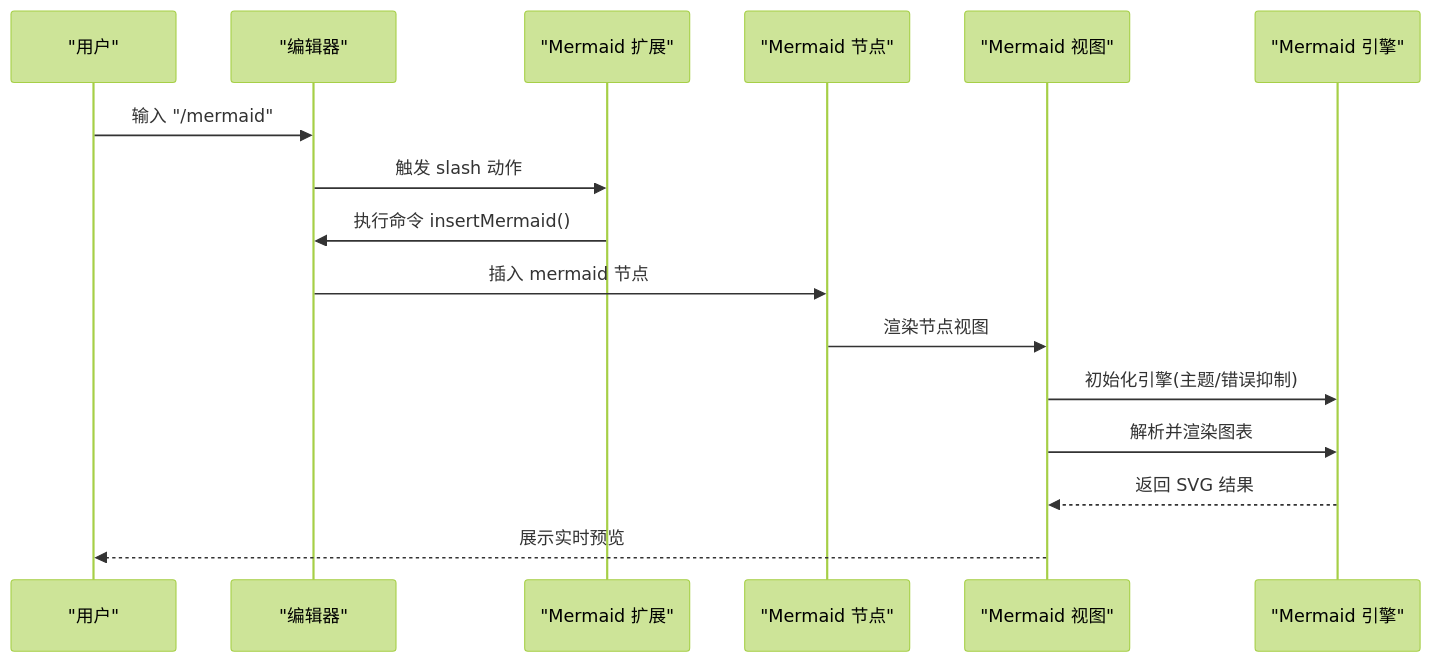
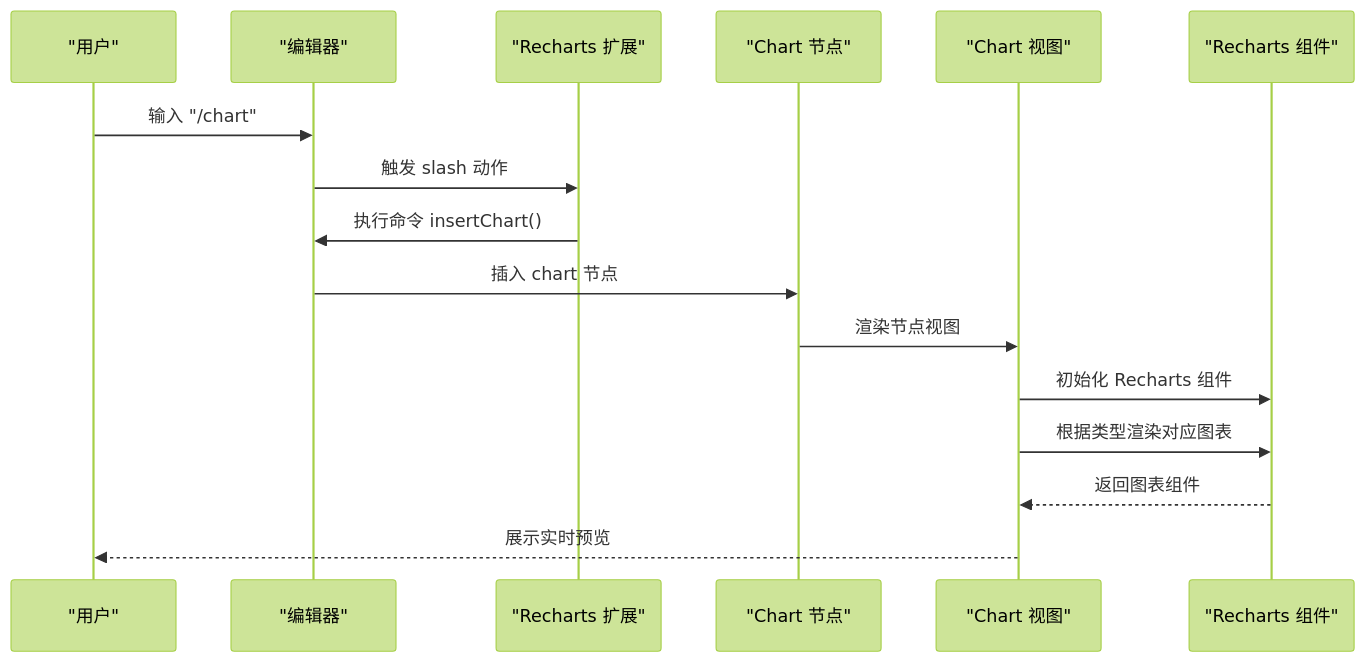
Before and after one commit to LRF0422/Kotion: the second of 8 diagrams in .qoder/repowiki/zh/content/功能模块/图表插件.md, drawn with Mermaid (forest theme). The commit also changed other lines of this file and 10 other files, not shown here.

````diff
--- a/.qoder/repowiki/zh/content/功能模块/图表插件.md
+++ b/.qoder/repowiki/zh/content/功能模块/图表插件.md
@@ -110,18 +141,18 @@
 ```mermaid
 sequenceDiagram
 participant U as "用户"
 participant E as "编辑器"
-participant X as "Mermaid 扩展"
-participant N as "Mermaid 节点"
-participant V as "Mermaid 视图"
-participant M as "Mermaid 引擎"
-U->>E : 输入 "/mermaid"
-E->>X : 触发 slash 动作
-X->>E : 执行命令 insertMermaid()
-E->>N : 插入 mermaid 节点
-N->>V : 渲染节点视图
-V->>M : 初始化引擎(主题/错误抑制)
-V->>M : 解析并渲染图表
-M-->>V : 返回 SVG 结果
-V-->>U : 展示实时预览
+participant CE as "Recharts 扩展"
+participant CN as "Chart 节点"
+participant CV as "Chart 视图"
+participant RC as "Recharts 组件"
+U->>E : 输入 "/chart"
+E->>CE : 触发 slash 动作
+CE->>E : 执行命令 insertChart()
+E->>CN : 插入 chart 节点
+CN->>CV : 渲染节点视图
+CV->>RC : 初始化 Recharts 组件
+CV->>RC : 根据类型渲染对应图表
+RC-->>CV : 返回图表组件
+CV-->>U : 展示实时预览
 ```
````
